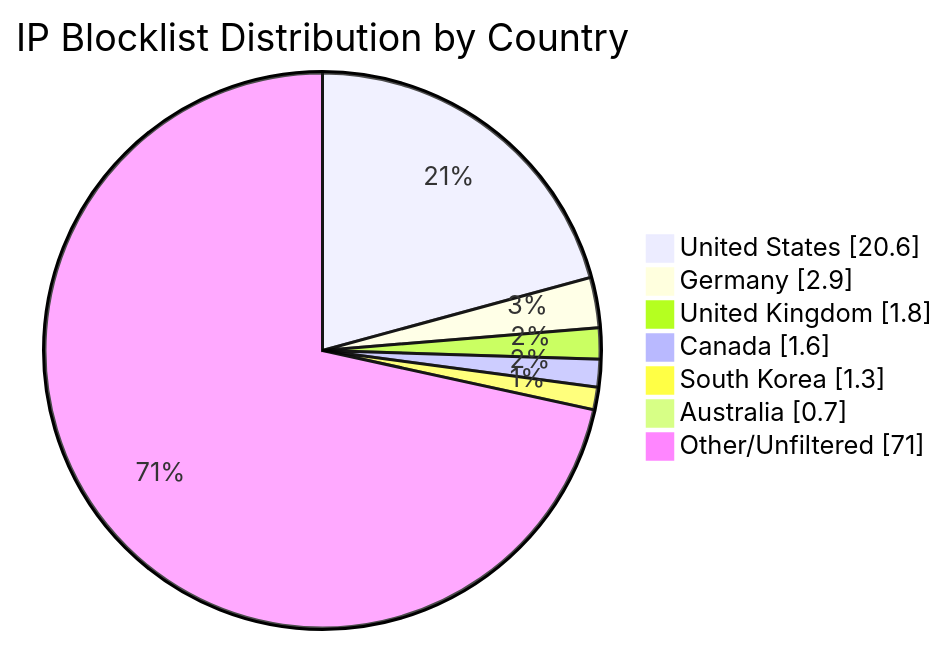
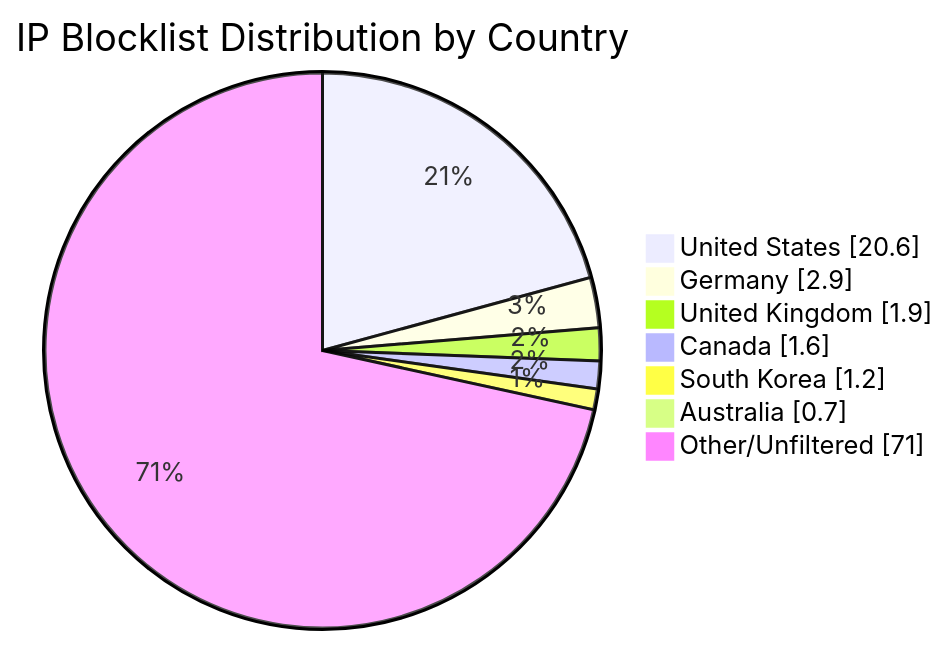
Before and after one commit to MarcusHoltz/ipblocklist-geofiltered-aggregator: the diagram in README.md, drawn with Mermaid. The commit also changed other lines of this file and 9 other files, not shown here.

````diff
--- a/README.md
+++ b/README.md
@@ -34,10 +34,10 @@
 ```mermaid
 pie showData title IP Blocklist Distribution by Country
 "United States" : 20.6
 "Germany" : 2.9
-"United Kingdom" : 1.8
+"United Kingdom" : 1.9
 "Canada" : 1.6
-"South Korea" : 1.3
+"South Korea" : 1.2
 "Australia" : 0.7
 "Other/Unfiltered" : 71.0
 ```
````
